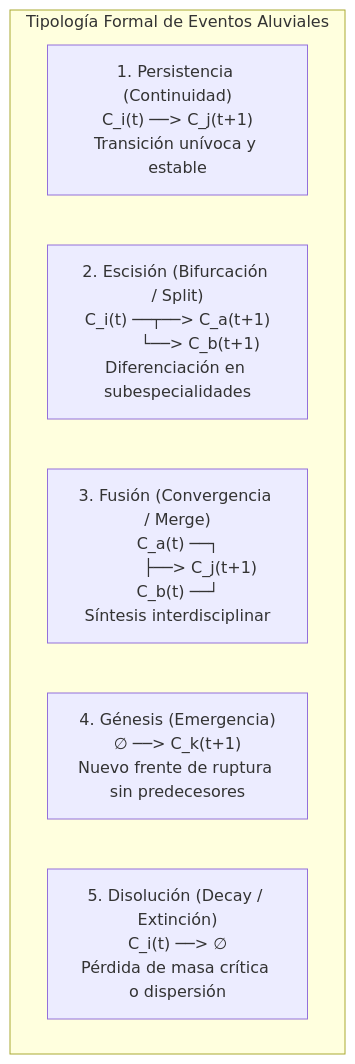
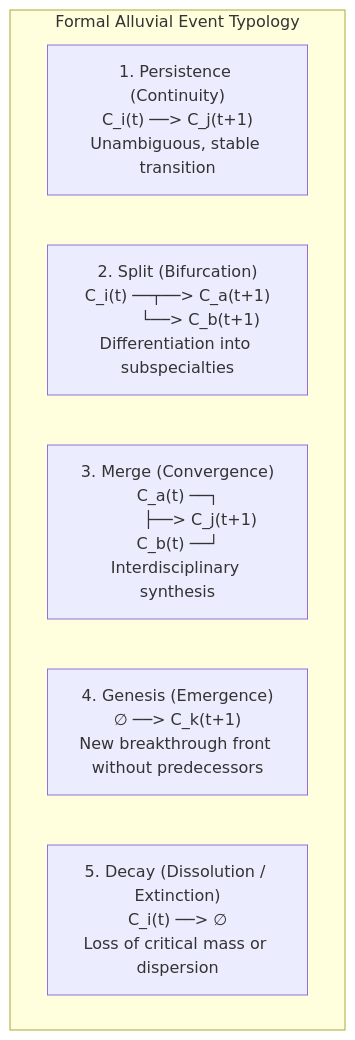
One commit to chilti/sos-mcp-services changed the diagram in .agents/skills/topics-research-fronts-intelligence/references/alluvial_longitudinal_guide.md. Above: the diagram before and after it, drawn with Mermaid. The commit also changed other lines of this file and 129 other files, not shown here.

````diff
--- a/.agents/skills/topics-research-fronts-intelligence/references/alluvial_longitudinal_guide.md
+++ b/.agents/skills/topics-research-fronts-intelligence/references/alluvial_longitudinal_guide.md
@@ -76,10 +76,10 @@
 ```mermaid
 graph TD
-    subgraph Eventos["Tipología Formal de Eventos Aluviales"]
-        E1["1. Persistencia (Continuidad)<br>C_i(t) ──> C_j(t+1)<br>Transición unívoca y estable"]
-        E2["2. Escisión (Bifurcación / Split)<br>C_i(t) ──┬──> C_a(t+1)<br>         └──> C_b(t+1)<br>Diferenciación en subespecialidades"]
-        E3["3. Fusión (Convergencia / Merge)<br>C_a(t) ──┐<br>         ├──> C_j(t+1)<br>C_b(t) ──┘<br>Síntesis interdisciplinar"]
-        E4["4. Génesis (Emergencia)<br>∅ ──> C_k(t+1)<br>Nuevo frente de ruptura sin predecesores"]
-        E5["5. Disolución (Decay / Extinción)<br>C_i(t) ──> ∅<br>Pérdida de masa crítica o dispersión"]
+    subgraph Events["Formal Alluvial Event Typology"]
+        E1["1. Persistence (Continuity)<br>C_i(t) ──> C_j(t+1)<br>Unambiguous, stable transition"]
+        E2["2. Split (Bifurcation)<br>C_i(t) ──┬──> C_a(t+1)<br>         └──> C_b(t+1)<br>Differentiation into subspecialties"]
+        E3["3. Merge (Convergence)<br>C_a(t) ──┐<br>         ├──> C_j(t+1)<br>C_b(t) ──┘<br>Interdisciplinary synthesis"]
+        E4["4. Genesis (Emergence)<br>∅ ──> C_k(t+1)<br>New breakthrough front without predecessors"]
+        E5["5. Decay (Dissolution / Extinction)<br>C_i(t) ──> ∅<br>Loss of critical mass or dispersion"]
     end
 ```
````
